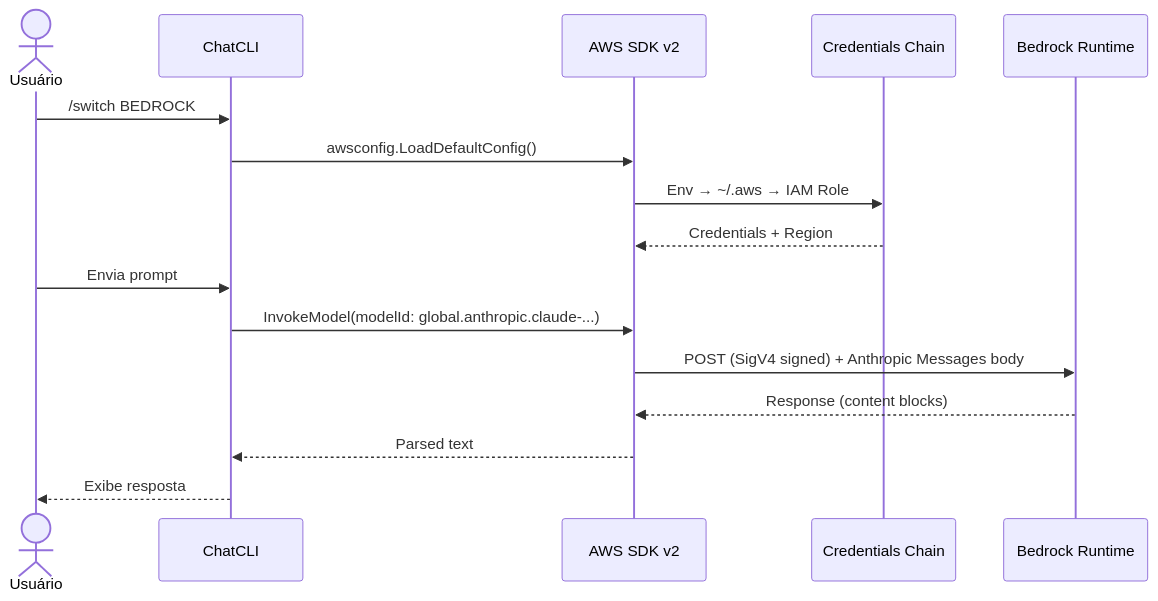
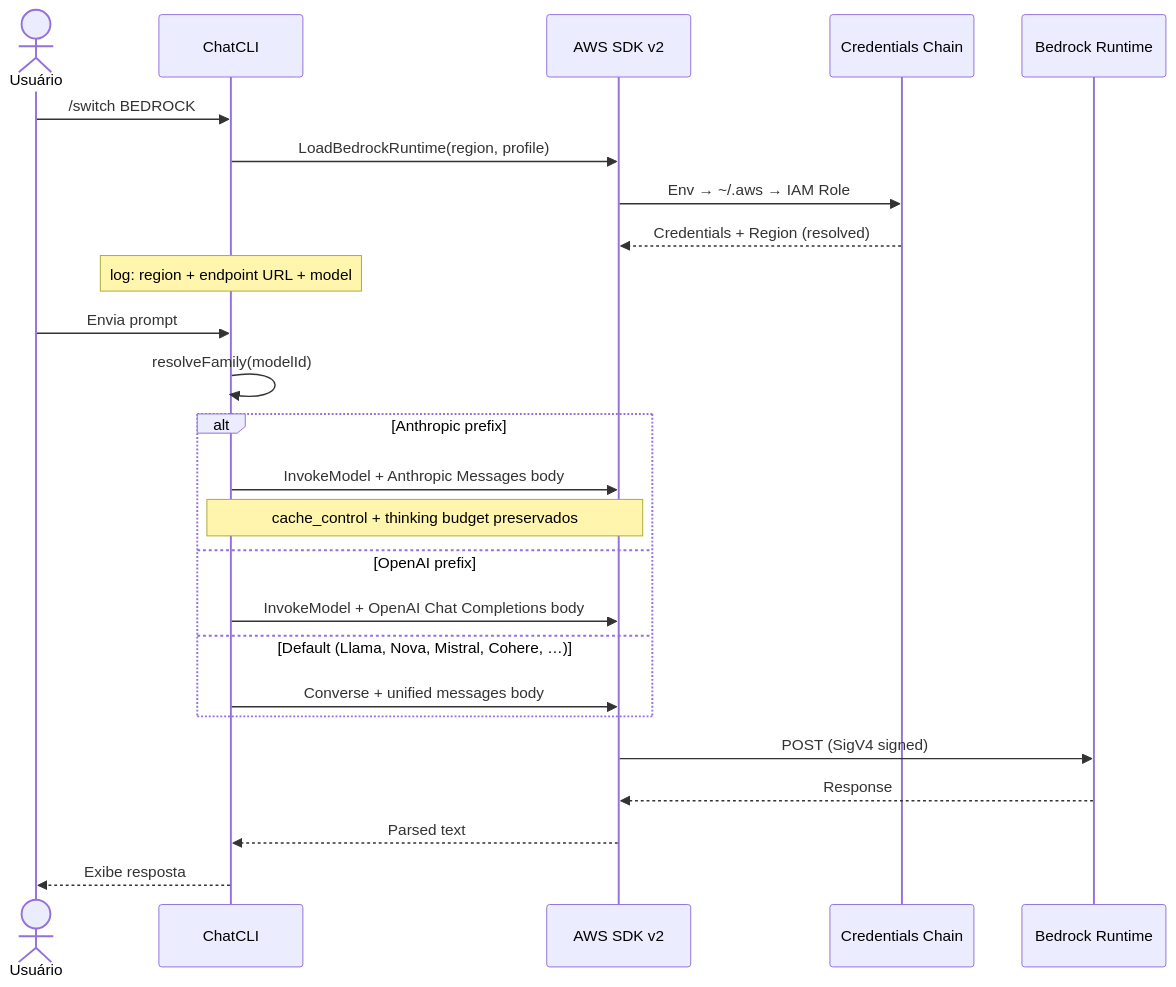
The diagram in features/bedrock.mdx (diillson/chatcli.ai), drawn with Mermaid before and after one commit. The commit also changed other lines of this file and 7 other files, not shown here.

````diff
--- a/features/bedrock.mdx
+++ b/features/bedrock.mdx
@@ -352,20 +427,29 @@
 ```mermaid
 sequenceDiagram
     actor User as Usuário
     participant CLI as ChatCLI
     participant SDK as AWS SDK v2
     participant Chain as Credentials Chain
     participant Bedrock as Bedrock Runtime
 
     User->>CLI: /switch BEDROCK
-    CLI->>SDK: awsconfig.LoadDefaultConfig()
+    CLI->>SDK: LoadBedrockRuntime(region, profile)
     SDK->>Chain: Env → ~/.aws → IAM Role
-    Chain-->>SDK: Credentials + Region
+    Chain-->>SDK: Credentials + Region (resolved)
+    Note over CLI: log: region + endpoint URL + model
 
     User->>CLI: Envia prompt
-    CLI->>SDK: InvokeModel(modelId: global.anthropic.claude-...)
-    SDK->>Bedrock: POST (SigV4 signed) + Anthropic Messages body
-    Bedrock-->>SDK: Response (content blocks)
+    CLI->>CLI: resolveFamily(modelId)
+    alt Anthropic prefix
+        CLI->>SDK: InvokeModel + Anthropic Messages body
+        Note over CLI,SDK: cache_control + thinking budget preservados
+    else OpenAI prefix
+        CLI->>SDK: InvokeModel + OpenAI Chat Completions body
+    else Default (Llama, Nova, Mistral, Cohere, …)
+        CLI->>SDK: Converse + unified messages body
+    end
+    SDK->>Bedrock: POST (SigV4 signed)
+    Bedrock-->>SDK: Response
     SDK-->>CLI: Parsed text
     CLI-->>User: Exibe resposta
 ```
````
